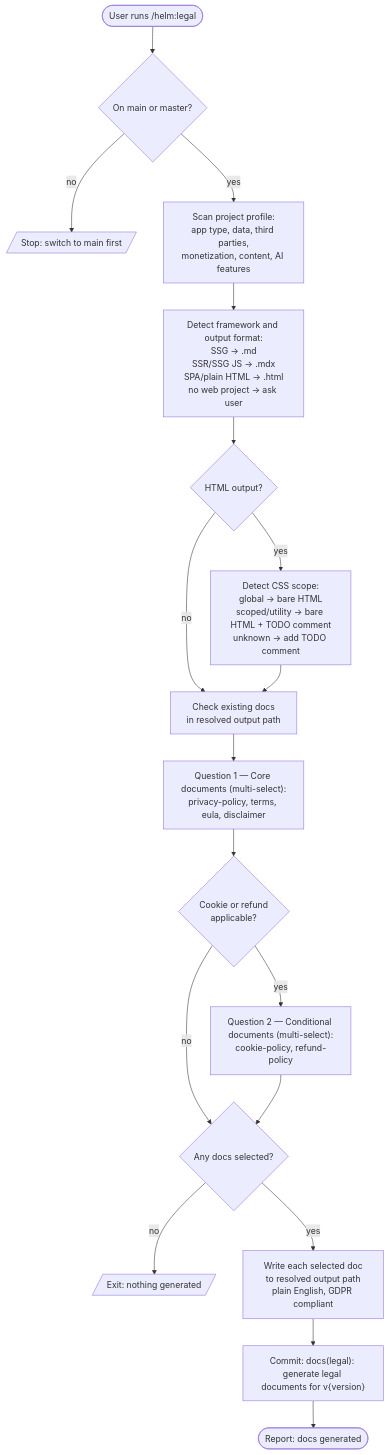
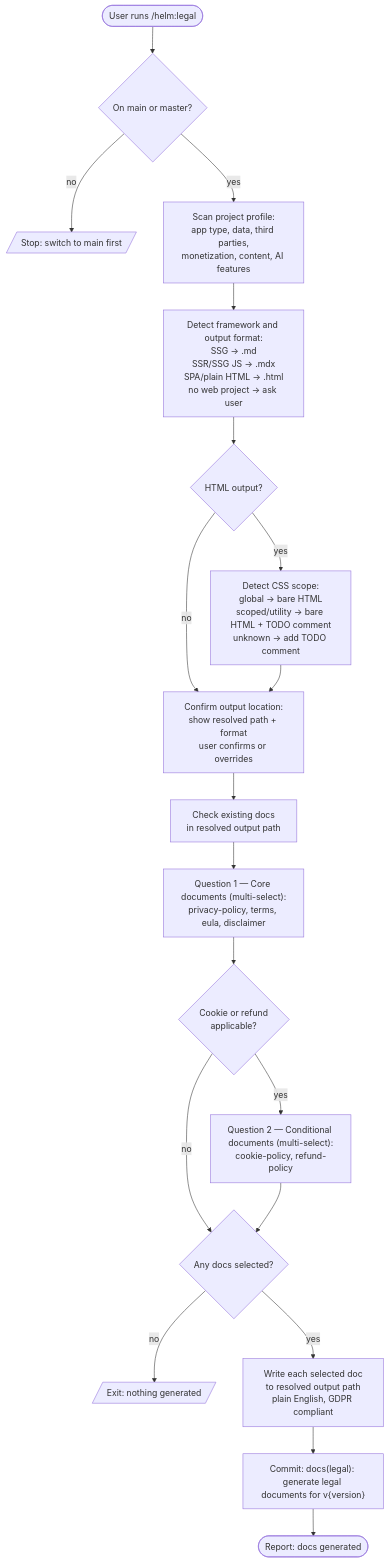
The diagram in docs/commands/legal.md (myowinthein/agent-helm), drawn with Mermaid before and after one commit. The commit also changed other lines of this file and 1 other file, not shown here.

Commit message:
feat(legal): confirm output location before generating documents

````diff
--- a/docs/commands/legal.md
+++ b/docs/commands/legal.md
@@ -13,25 +13,26 @@
 ```mermaid
 flowchart TD
   Start([User runs /helm:legal]) --> Branch{On main or master?}
   Branch -->|no| Stop[/Stop: switch to main first/]
   Branch -->|yes| Scan[Scan project profile:<br/>app type, data, third parties,<br/>monetization, content, AI features]
 
   Scan --> Framework[Detect framework and output format:<br/>SSG → .md<br/>SSR/SSG JS → .mdx<br/>SPA/plain HTML → .html<br/>no web project → ask user]
 
   Framework --> CSS{HTML output?}
   CSS -->|yes| CSSDetect[Detect CSS scope:<br/>global → bare HTML<br/>scoped/utility → bare HTML + TODO comment<br/>unknown → add TODO comment]
-  CSS -->|no| Existing
-  CSSDetect --> Existing[Check existing docs<br/>in resolved output path]
+  CSS -->|no| Confirm
+  CSSDetect --> Confirm[Confirm output location:<br/>show resolved path + format<br/>user confirms or overrides]
 
+  Confirm --> Existing[Check existing docs<br/>in resolved output path]
   Existing --> Q1["Question 1 — Core documents (multi-select):<br/>privacy-policy, terms, eula, disclaimer"]
   Q1 --> Q2{Cookie or refund<br/>applicable?}
   Q2 -->|yes| Q2ask["Question 2 — Conditional documents (multi-select):<br/>cookie-policy, refund-policy"]
   Q2 -->|no| Generate
   Q2ask --> Generate
 
   Generate{Any docs selected?}
   Generate -->|no| Cancel[/Exit: nothing generated/]
   Generate -->|yes| Write[Write each selected doc<br/>to resolved output path<br/>plain English, GDPR compliant]
   Write --> Commit["Commit: docs(legal): generate legal documents for v{version}"]
   Commit --> Done([Report: docs generated])
 ```
````
